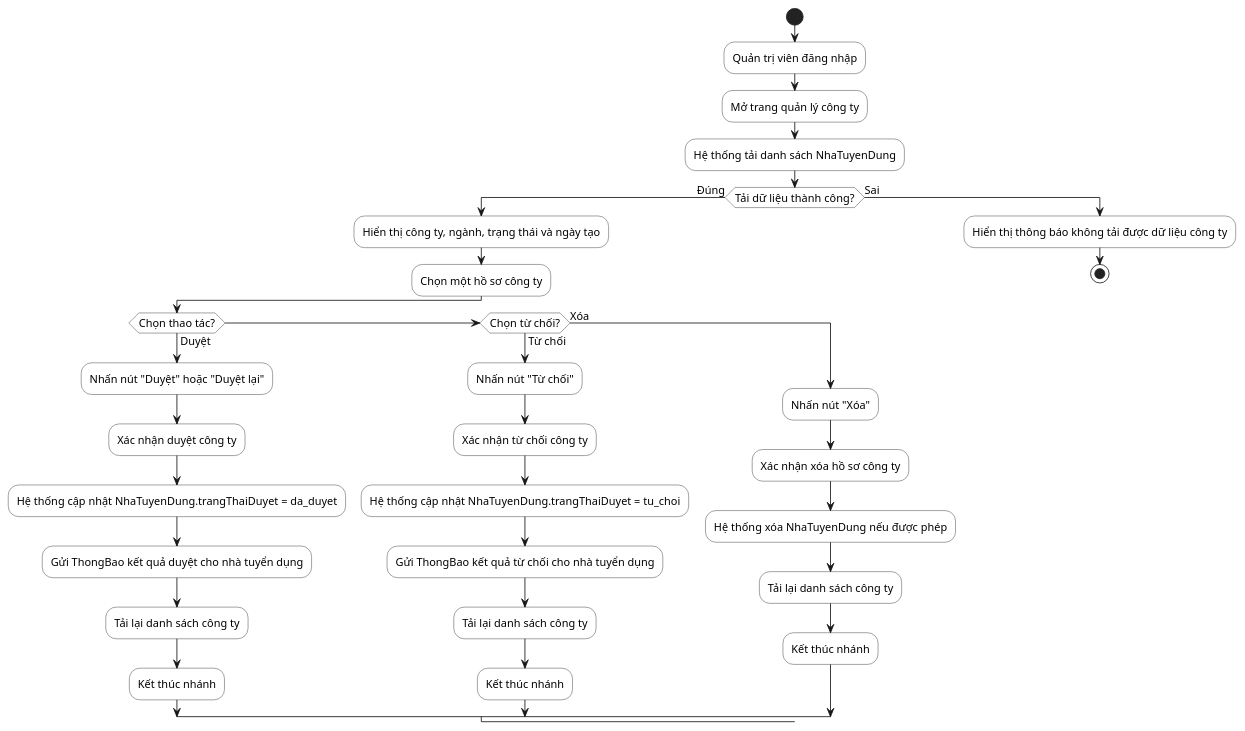
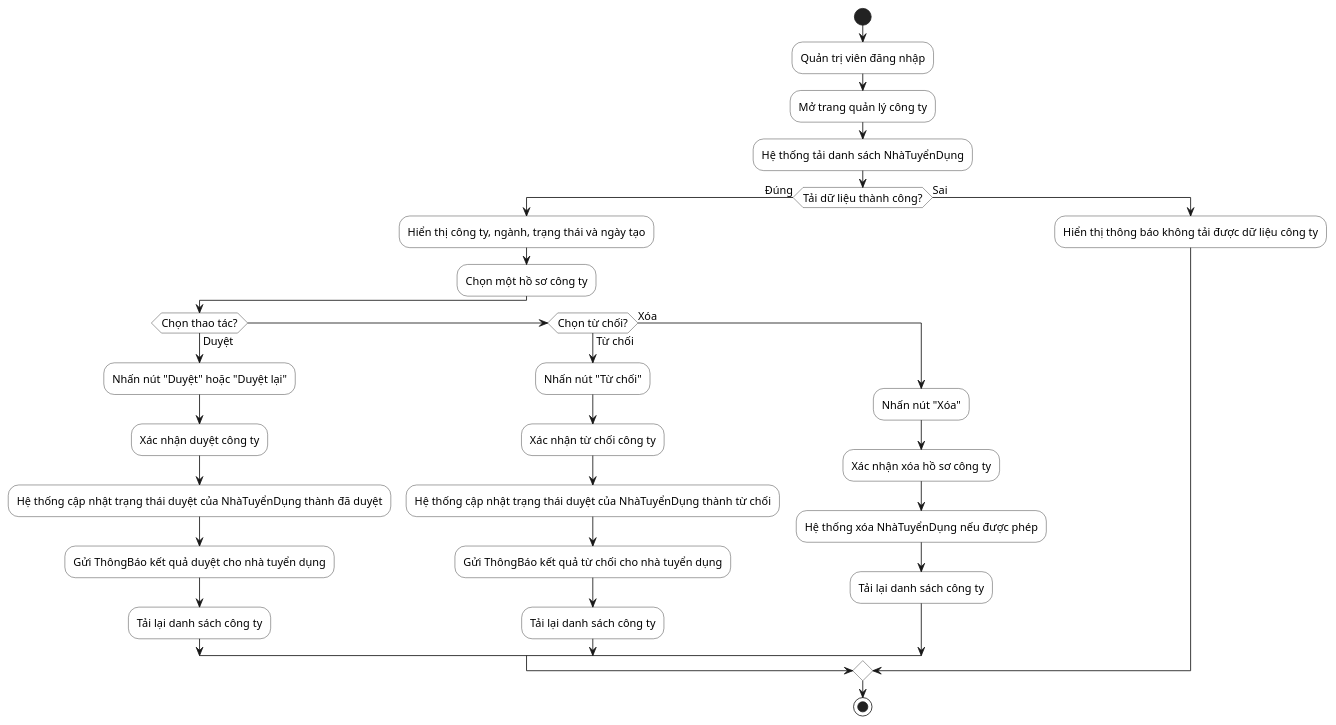
One commit to hole-six/DoAn changed the diagram in docs/so-do/02-activity/21-activity-duyet-ho-so-cong-ty.puml. Above: the diagram before and after it, drawn with PlantUML. The commit also changed 1039 other files, not shown here.

```diff
--- a/docs/so-do/02-activity/21-activity-duyet-ho-so-cong-ty.puml
+++ b/docs/so-do/02-activity/21-activity-duyet-ho-so-cong-ty.puml
@@ -1,45 +1,42 @@
 @startuml
 skinparam defaultFontName "Segoe UI"
 skinparam defaultFontSize 13
 skinparam shadowing false
 skinparam linetype ortho
 skinparam activity {
   BackgroundColor White
   BorderColor #222222
   DiamondBackgroundColor White
   DiamondBorderColor #222222
   BarColor #111111
 }
 start
 :Quản trị viên đăng nhập;
 :Mở trang quản lý công ty;
-:Hệ thống tải danh sách NhaTuyenDung;
+:Hệ thống tải danh sách NhàTuyểnDụng;
 if (Tải dữ liệu thành công?) then (Đúng)
   :Hiển thị công ty, ngành, trạng thái và ngày tạo;
   :Chọn một hồ sơ công ty;
   if (Chọn thao tác?) then (Duyệt)
     :Nhấn nút "Duyệt" hoặc "Duyệt lại";
     :Xác nhận duyệt công ty;
-    :Hệ thống cập nhật NhaTuyenDung.trangThaiDuyet = da_duyet;
-    :Gửi ThongBao kết quả duyệt cho nhà tuyển dụng;
+    :Hệ thống cập nhật trạng thái duyệt của NhàTuyểnDụng thành đã duyệt;
+    :Gửi ThôngBáo kết quả duyệt cho nhà tuyển dụng;
     :Tải lại danh sách công ty;
-    :Kết thúc nhánh;
   elseif (Chọn từ chối?) then (Từ chối)
     :Nhấn nút "Từ chối";
     :Xác nhận từ chối công ty;
-    :Hệ thống cập nhật NhaTuyenDung.trangThaiDuyet = tu_choi;
-    :Gửi ThongBao kết quả từ chối cho nhà tuyển dụng;
+    :Hệ thống cập nhật trạng thái duyệt của NhàTuyểnDụng thành từ chối;
+    :Gửi ThôngBáo kết quả từ chối cho nhà tuyển dụng;
     :Tải lại danh sách công ty;
-    :Kết thúc nhánh;
   else (Xóa)
     :Nhấn nút "Xóa";
     :Xác nhận xóa hồ sơ công ty;
-    :Hệ thống xóa NhaTuyenDung nếu được phép;
+    :Hệ thống xóa NhàTuyểnDụng nếu được phép;
     :Tải lại danh sách công ty;
-    :Kết thúc nhánh;
   endif
 else (Sai)
   :Hiển thị thông báo không tải được dữ liệu công ty;
-  stop
 endif
+stop
 @enduml
```
